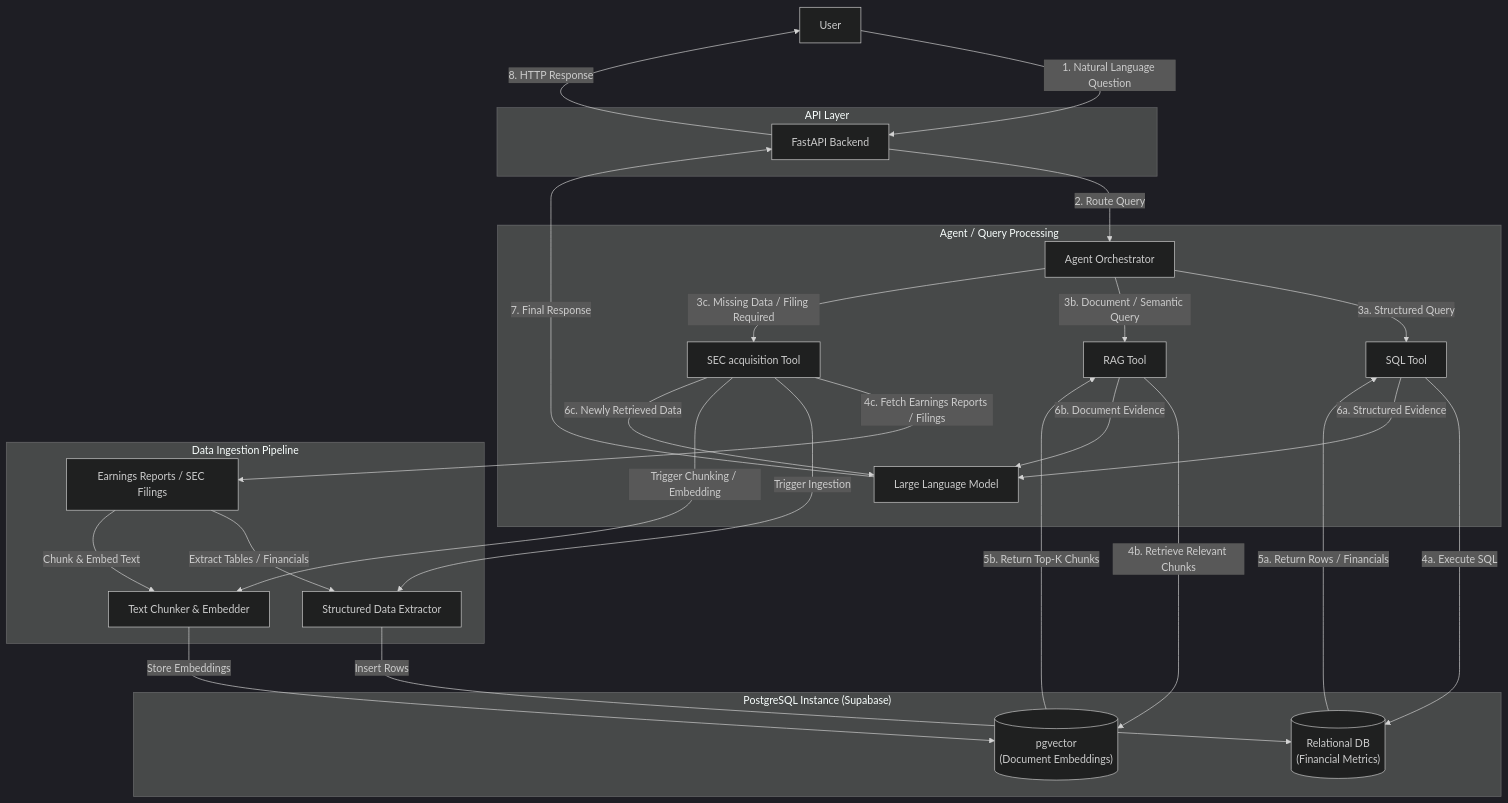
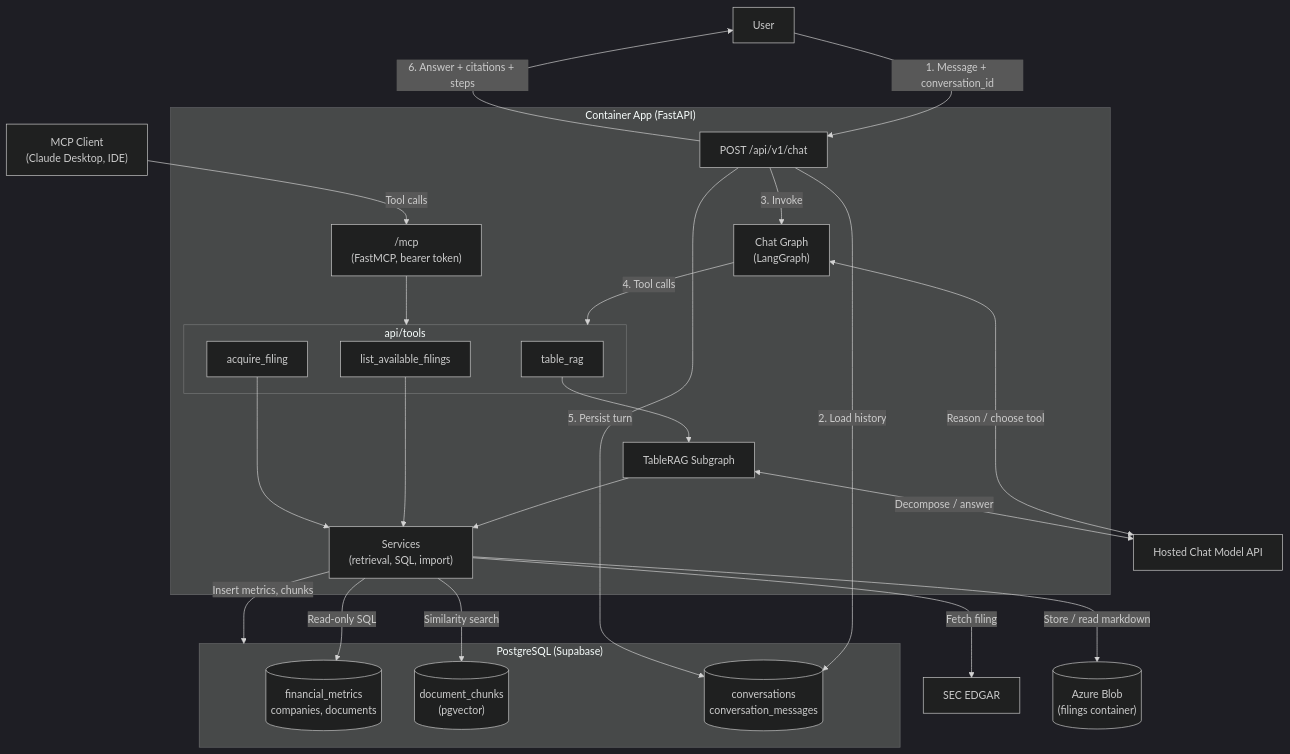
The first of 5 diagrams in docs/architecture.md (yucheng-fu/financial-data-agent), drawn with Mermaid (dark theme) before and after one commit. The commit also changed other lines of this file and 1 other file, not shown here.

````diff
--- a/docs/architecture.md
+++ b/docs/architecture.md
@@ -19,93 +20,70 @@
 ```mermaid
 flowchart TD
     user["User"]
+    mcp_client["MCP Client\n(Claude Desktop, IDE)"]
 
-    subgraph API["API Layer"]
-        fastapi["FastAPI Backend"]
+    subgraph App["Container App (FastAPI)"]
+        chat_route["POST /api/v1/chat"]
+        mcp_server["/mcp\n(FastMCP, bearer token)"]
+        chat_graph["Chat Graph\n(LangGraph)"]
+
+        subgraph Tools["api/tools"]
+            table_rag["table_rag"]
+            list_filings["list_available_filings"]
+            acquire["acquire_filing"]
+        end
+
+        tablerag_graph["TableRAG Subgraph"]
+        services["Services\n(retrieval, SQL, import)"]
     end
 
-    subgraph QueryPipeline["Agent / Query Processing"]
-        orchestrator["Agent Orchestrator"]
+    llm["Hosted Chat Model API"]
+    sec["SEC EDGAR"]
+    blob[("Azure Blob\n(filings container)")]
 
-        sql_tool["SQL Tool"]
-        rag_tool["RAG Tool"]
-        retrieval_tool["SEC acquisition Tool"]
-
-        synthesizer["Large Language Model"]
-    end
-
-    subgraph IngestionPipeline["Data Ingestion Pipeline"]
-        docs["Earnings Reports / SEC Filings"]
-        extractor["Structured Data Extractor"]
-        chunker["Text Chunker & Embedder"]
-    end
-
-    subgraph Storage["PostgreSQL Instance (Supabase)"]
-        postgres[("Relational DB\n(Financial Metrics)")]
-        pgvector[("pgvector\n(Document Embeddings)")]
+    subgraph Supabase["PostgreSQL (Supabase)"]
+        metrics[("financial_metrics\ncompanies, documents")]
+        chunks[("document_chunks\n(pgvector)")]
+        conversations[("conversations\nconversation_messages")]
     end
 
     %% =========================================================
-    %% DATA INGESTION
+    %% CHAT PATH
     %% =========================================================
 
-    docs -->|Extract Tables / Financials| extractor
-    extractor -->|Insert Rows| postgres
-
-    docs -->|Chunk & Embed Text| chunker
-    chunker -->|Store Embeddings| pgvector
+    user -->|1. Message + conversation_id| chat_route
+    chat_route -->|2. Load history| conversations
+    chat_route -->|3. Invoke| chat_graph
+    chat_graph <-->|Reason / choose tool| llm
+    chat_graph -->|4. Tool calls| Tools
 
     %% =========================================================
-    %% REQUEST / RESPONSE FLOW
+    %% MCP PATH
     %% =========================================================
 
-    user -->|1. Natural Language Question| fastapi
-    fastapi -->|2. Route Query| orchestrator
+    mcp_client -->|Tool calls| mcp_server
+    mcp_server --> Tools
 
     %% =========================================================
-    %% AGENT TOOL SELECTION
+    %% TOOLS
     %% =========================================================
 
-    orchestrator -->|3a. Structured Query| sql_tool
-    orchestrator -->|3b. Document / Semantic Query| rag_tool
-    orchestrator -->|3c. Missing Data / Filing Required| retrieval_tool
+    table_rag --> tablerag_graph
+    tablerag_graph <-->|Decompose / answer| llm
+    tablerag_graph --> services
+    list_filings --> services
+    acquire --> services
 
-    %% =========================================================
-    %% SQL TOOL
-    %% =========================================================
-
-    sql_tool -->|4a. Execute SQL| postgres
-    postgres -->|5a. Return Rows / Financials| sql_tool
-
-    %% =========================================================
-    %% RAG TOOL
-    %% =========================================================
-
-    rag_tool -->|4b. Retrieve Relevant Chunks| pgvector
-    pgvector -->|5b. Return Top-K Chunks| rag_tool
-
-    %% =========================================================
-    %% SEC ACQUISITION TOOL
-    %% =========================================================
-
-    retrieval_tool -->|4c. Fetch Earnings Reports / Filings| docs
-
-    %% Retrieval populates the database
-    retrieval_tool -->|Trigger Ingestion| extractor
-    retrieval_tool -->|Trigger Chunking / Embedding| chunker
-
-    %% =========================================================
-    %% TOOL RESULTS → SYNTHESIS
-    %% =========================================================
-
-    sql_tool -->|6a. Structured Evidence| synthesizer
-    rag_tool -->|6b. Document Evidence| synthesizer
-    retrieval_tool -->|6c. Newly Retrieved Data| synthesizer
+    services -->|Read-only SQL| metrics
+    services -->|Similarity search| chunks
+    services -->|Fetch filing| sec
+    services -->|Store / read markdown| blob
+    services -->|Insert metrics, chunks| Supabase
 
     %% =========================================================
     %% RESPONSE
     %% =========================================================
 
-    synthesizer -->|7. Final Response| fastapi
-    fastapi -->|8. HTTP Response| user
+    chat_route -->|5. Persist turn| conversations
+    chat_route -->|6. Answer + citations + steps| user
 ```
````
